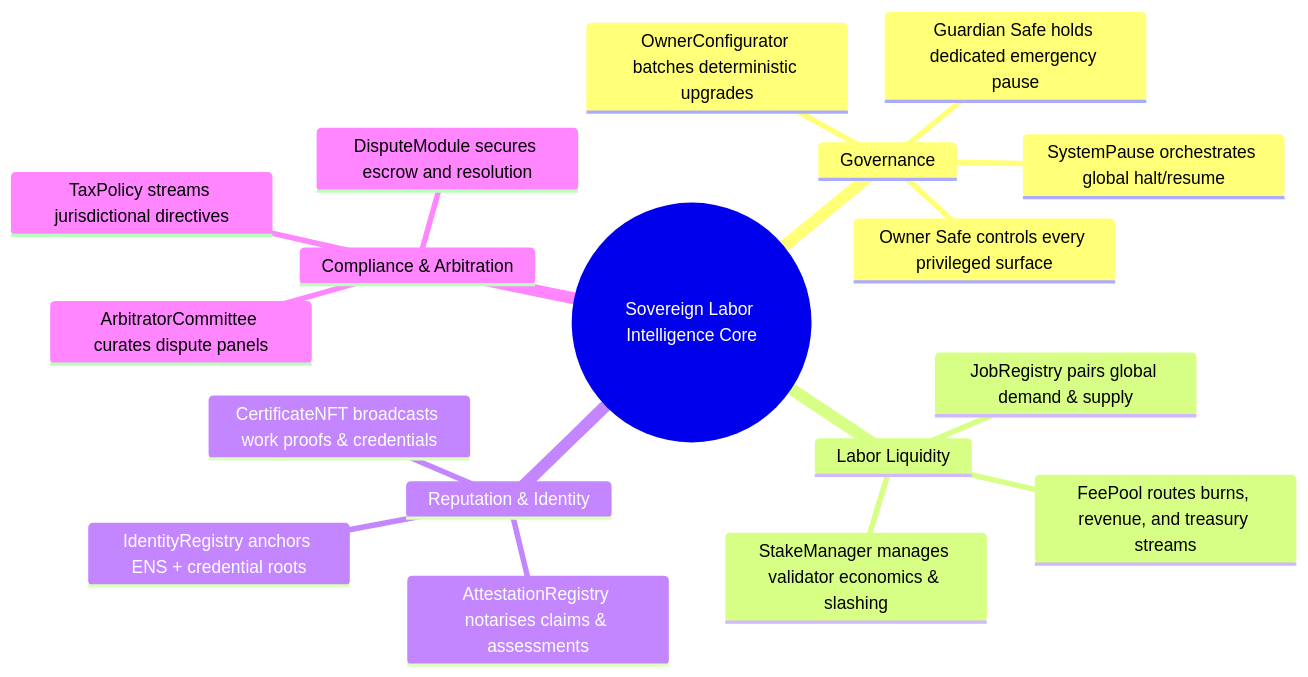
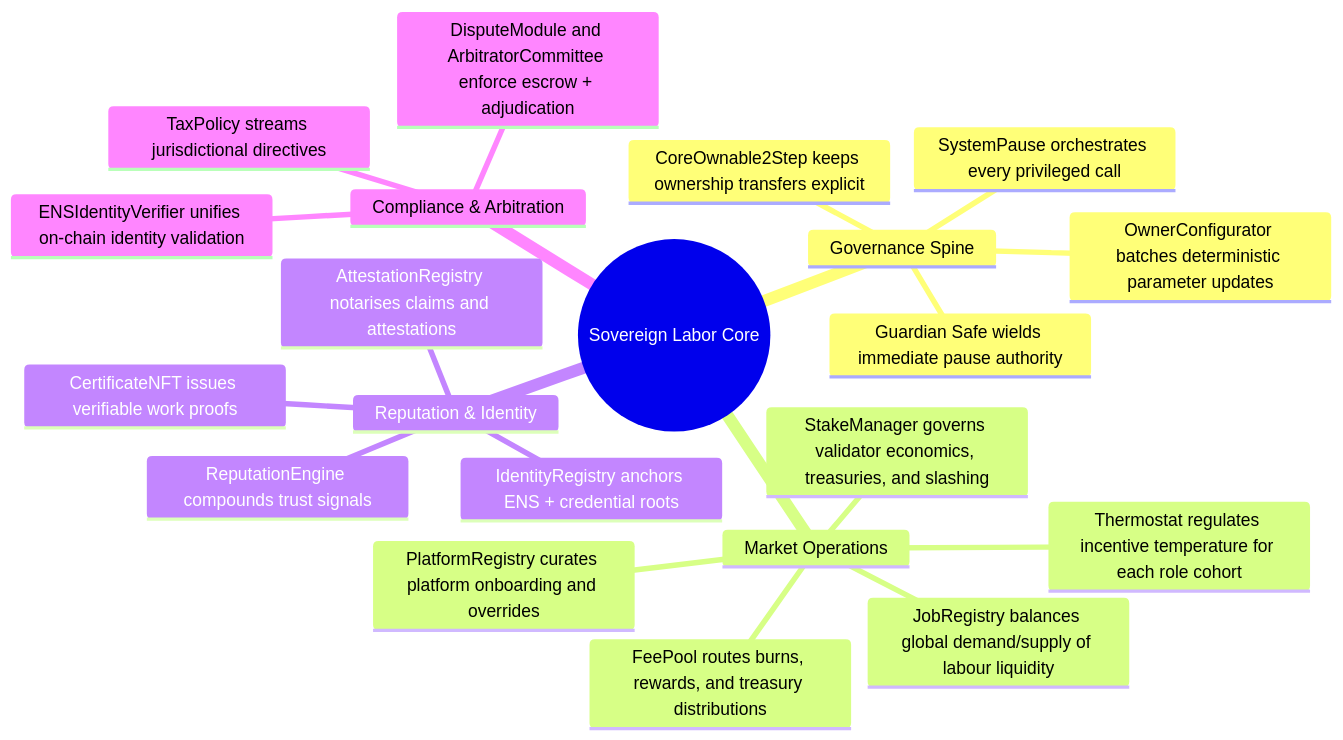
Before and after one commit to MontrealAI/agijobs-sovereign-labor-v0p1: the second of 5 diagrams in hardhat/README.md, drawn with Mermaid. The commit also changed other lines of this file, not shown here.

````diff
--- a/hardhat/README.md
+++ b/hardhat/README.md
@@ -79,21 +101,24 @@
 ```mermaid
 mindmap
-  root((Sovereign Labor Intelligence Core))
-    Governance
-      SystemPause orchestrates global halt/resume
-      OwnerConfigurator batches deterministic upgrades
-      Owner Safe controls every privileged surface
-      Guardian Safe holds dedicated emergency pause
-    Labor Liquidity
-      JobRegistry pairs global demand & supply
-      StakeManager manages validator economics & slashing
-      FeePool routes burns, revenue, and treasury streams
+  root((Sovereign Labor Core))
+    Governance Spine
+      SystemPause orchestrates every privileged call
+      OwnerConfigurator batches deterministic parameter updates
+      Guardian Safe wields immediate pause authority
+      CoreOwnable2Step keeps ownership transfers explicit
+    Market Operations
+      JobRegistry balances global demand/supply of labour liquidity
+      StakeManager governs validator economics, treasuries, and slashing
+      PlatformRegistry curates platform onboarding and overrides
+      FeePool routes burns, rewards, and treasury distributions
+      Thermostat regulates incentive temperature for each role cohort
     Reputation & Identity
       IdentityRegistry anchors ENS + credential roots
-      AttestationRegistry notarises claims & assessments
-      CertificateNFT broadcasts work proofs & credentials
+      AttestationRegistry notarises claims and attestations
+      CertificateNFT issues verifiable work proofs
+      ReputationEngine compounds trust signals
     Compliance & Arbitration
       TaxPolicy streams jurisdictional directives
-      DisputeModule secures escrow and resolution
-      ArbitratorCommittee curates dispute panels
+      DisputeModule and ArbitratorCommittee enforce escrow + adjudication
+      ENSIdentityVerifier unifies on-chain identity validation
 ```
````
